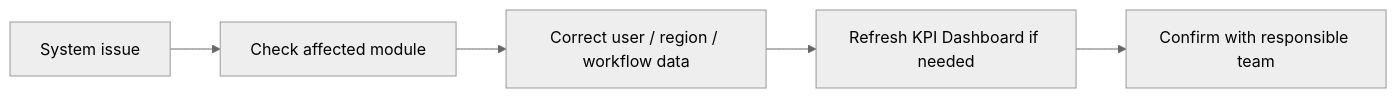
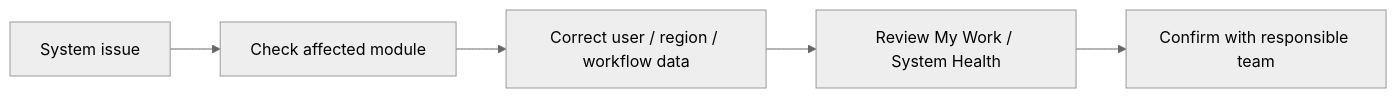
Before and after one commit to harsha-jivawater/jiva-farm-os: the first of 27 diagrams in docs/ROLE_BASED_USAGE_MANUAL.md, drawn with Mermaid (neutral theme). The commit also changed other lines of this file and 3 other files, not shown here.

````diff
--- a/docs/ROLE_BASED_USAGE_MANUAL.md
+++ b/docs/ROLE_BASED_USAGE_MANUAL.md
@@ -241,7 +247,7 @@
 ```mermaid
 flowchart LR
   A["System issue"] --> B["Check affected module"]
   B --> C["Correct user / region / workflow data"]
-  C --> D["Refresh KPI Dashboard if needed"]
+  C --> D["Review My Work / System Health"]
   D --> E["Confirm with responsible team"]
 ```
````
